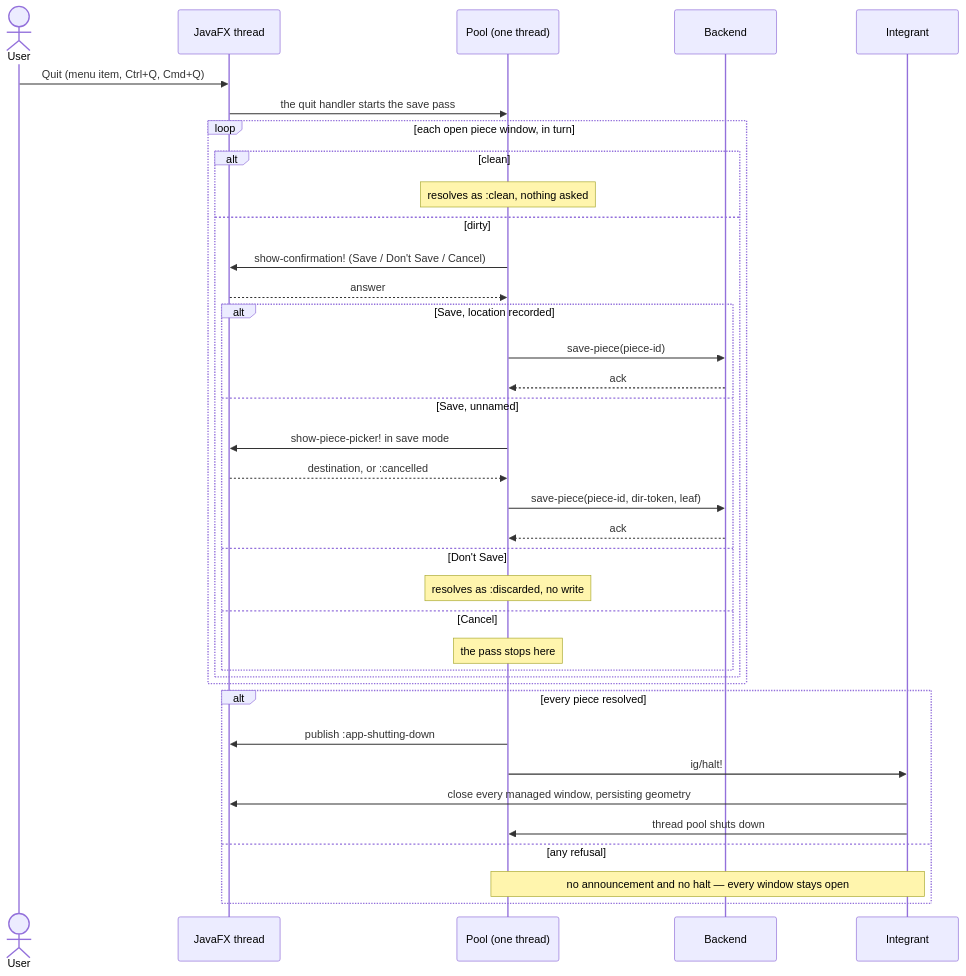
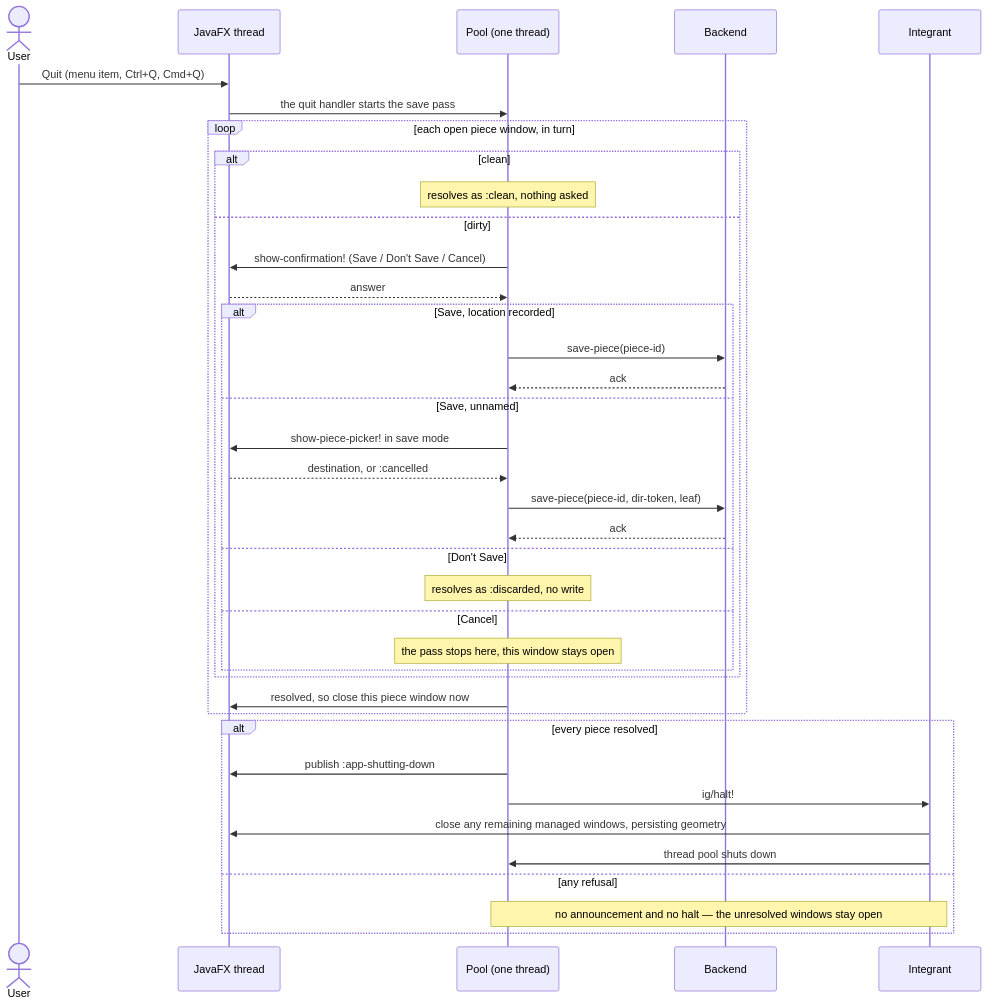
Before and after one commit to PeterBengtson/Ooloi-docs: the second of 2 diagrams in guides/FRONTEND_ARCHITECTURE_GUIDE.md, drawn with Mermaid. The commit also changed other lines of this file, not shown here.

Commit message:
Documentation sync 2026-07-21

````diff
--- a/guides/FRONTEND_ARCHITECTURE_GUIDE.md
+++ b/guides/FRONTEND_ARCHITECTURE_GUIDE.md
@@ -412,40 +412,41 @@
 ```mermaid
 sequenceDiagram
     actor User
     participant JAT as JavaFX thread
     participant Pool as Pool (one thread)
     participant SRV as Backend
     participant IG as Integrant
 
     User->>JAT: Quit (menu item, Ctrl+Q, Cmd+Q)
     JAT->>Pool: the quit handler starts the save pass
     loop each open piece window, in turn
         alt clean
             Note over Pool: resolves as :clean, nothing asked
         else dirty
             Pool->>JAT: show-confirmation! (Save / Don't Save / Cancel)
             JAT-->>Pool: answer
             alt Save, location recorded
                 Pool->>SRV: save-piece(piece-id)
                 SRV-->>Pool: ack
             else Save, unnamed
                 Pool->>JAT: show-piece-picker! in save mode
                 JAT-->>Pool: destination, or :cancelled
                 Pool->>SRV: save-piece(piece-id, dir-token, leaf)
                 SRV-->>Pool: ack
             else Don't Save
                 Note over Pool: resolves as :discarded, no write
             else Cancel
-                Note over Pool: the pass stops here
+                Note over Pool: the pass stops here, this window stays open
             end
         end
+        Pool->>JAT: resolved, so close this piece window now
     end
     alt every piece resolved
         Pool->>JAT: publish :app-shutting-down
         Pool->>IG: ig/halt!
-        IG->>JAT: close every managed window, persisting geometry
+        IG->>JAT: close any remaining managed windows, persisting geometry
         IG->>Pool: thread pool shuts down
     else any refusal
-        Note over Pool,IG: no announcement and no halt — every window stays open
+        Note over Pool,IG: no announcement and no halt — the unresolved windows stay open
     end
 ```
````
